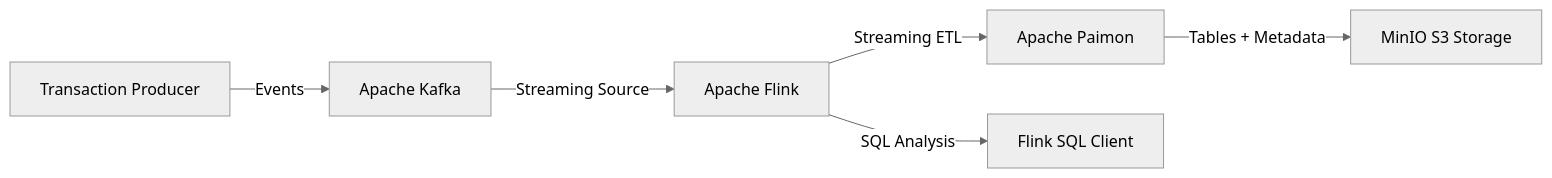
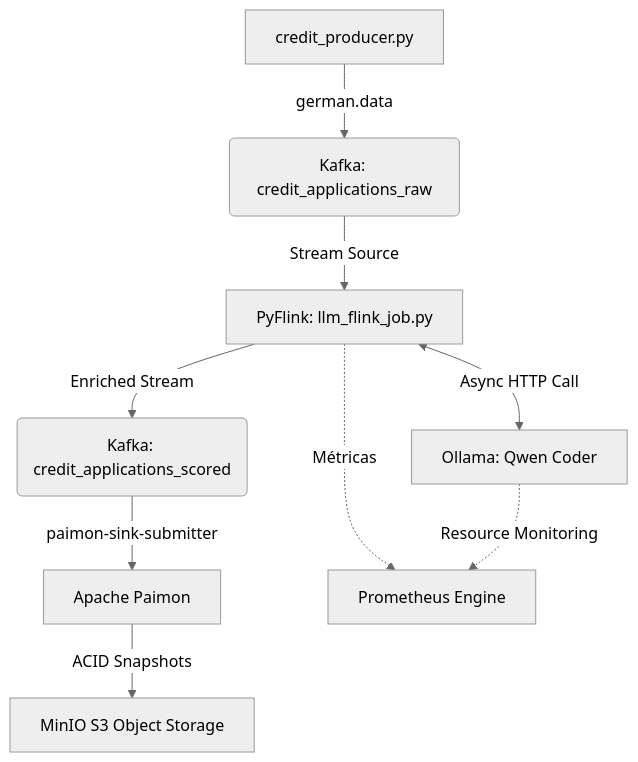
The diagram in README.md (luccappaz/Finstream), drawn with Mermaid (neutral theme) before and after one commit. The commit also changed other lines of this file and 16 other files, not shown here.

````diff
--- a/README.md
+++ b/README.md
@@ -21,13 +15,13 @@
 ```mermaid
-graph LR
+graph TD
+    A[credit_producer.py] -->|german.data| B(Kafka: credit_applications_raw)
+    B -->|Stream Source| C[PyFlink: llm_flink_job.py]
+    C <-->|Async HTTP Call| D[Ollama: Qwen Coder]
+    C -->|Enriched Stream| E(Kafka: credit_applications_scored)
+    E -->|paimon-sink-submitter| F[Apache Paimon]
+    F -->|ACID Snapshots| G[MinIO S3 Object Storage]
 
-    A[Transaction Producer] -->|Events| B[Apache Kafka]
-
-    B -->|Streaming Source| C[Apache Flink]
-
-    C -->|Streaming ETL| D[Apache Paimon]
-
-    D -->|Tables + Metadata| E[MinIO S3 Storage]
-
-    C -->|SQL Analysis| F[Flink SQL Client]
+    %% Camada de Monitoramento
+    C -.->|Métricas| H[Prometheus Engine]
+    D -.->|Resource Monitoring| H
 ```
````
